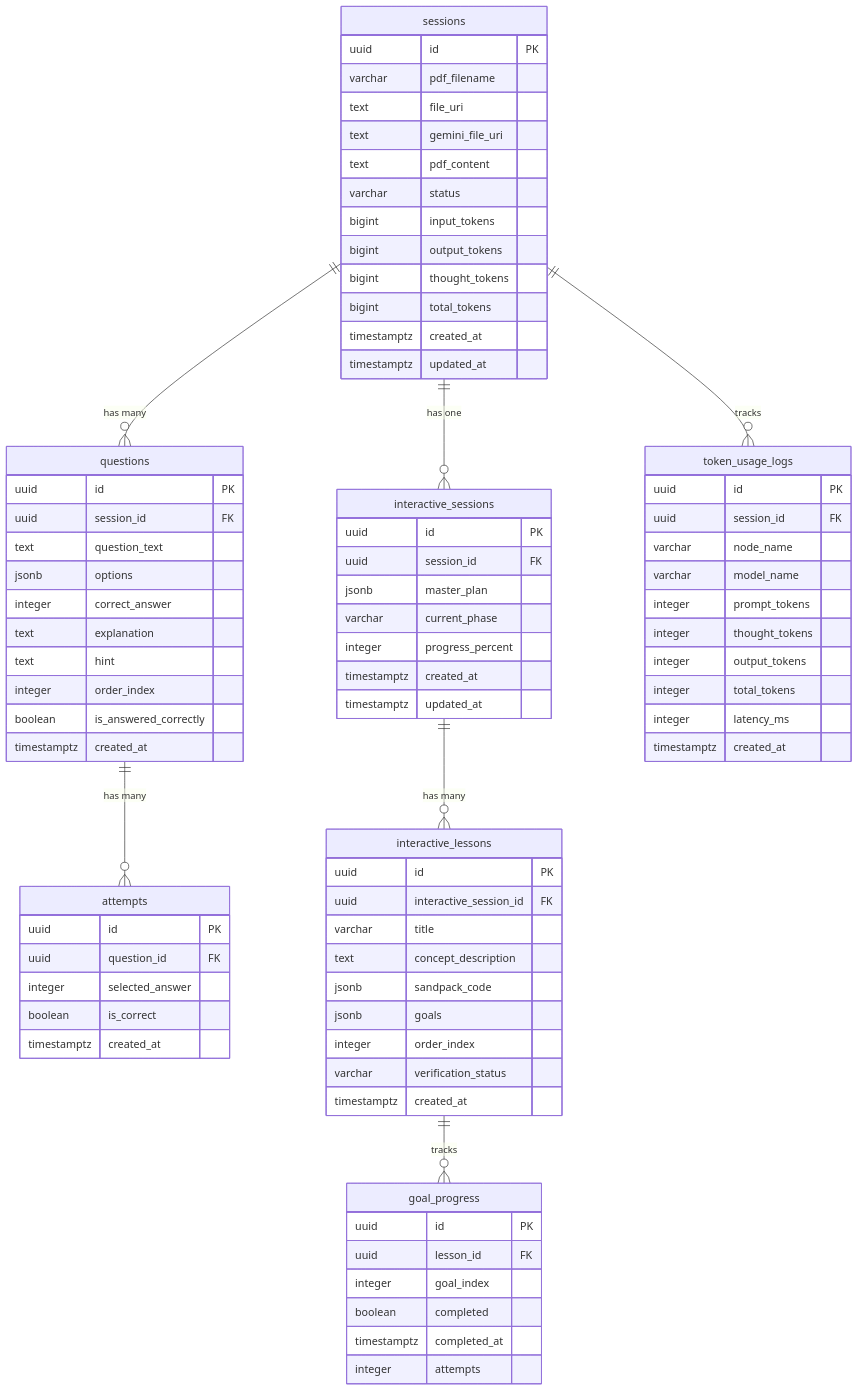
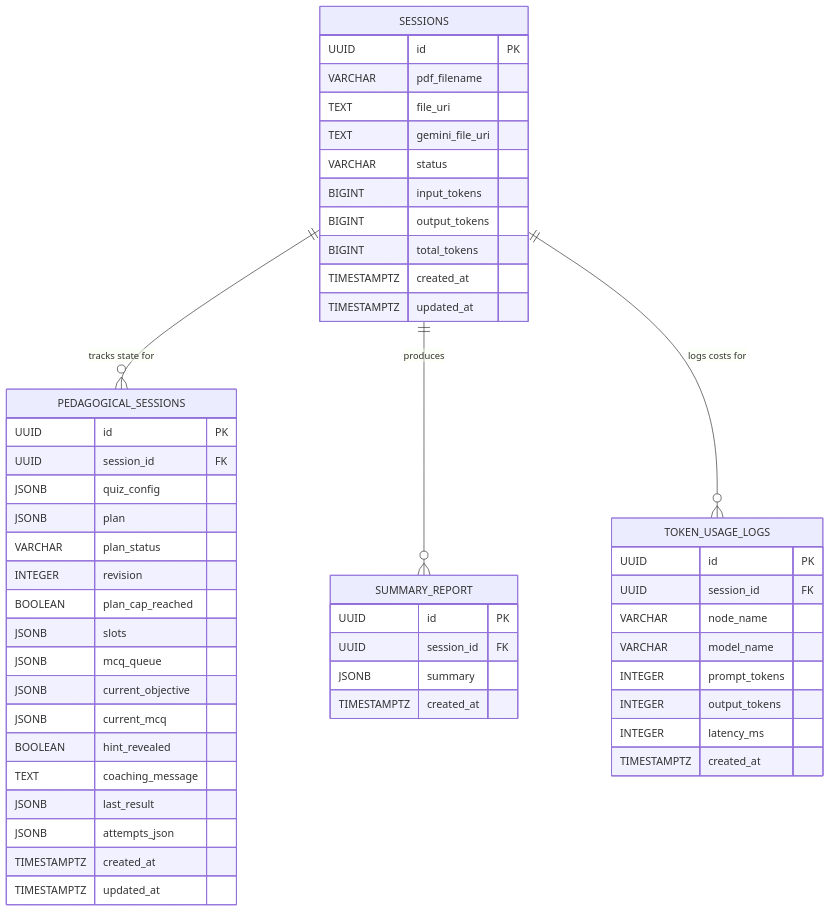
One commit to Kaos599/QuizLoop changed the diagram in docs/DATABASE_SCHEMA.md. Above: the diagram before and after it, drawn with Mermaid. The commit also changed other lines of this file and 6 other files, not shown here.

Commit message:
docs: update documentation to reflect unified pedagogical HITL architecture

````diff
--- a/docs/DATABASE_SCHEMA.md
+++ b/docs/DATABASE_SCHEMA.md
@@ -5,89 +5,57 @@
 ```mermaid
 erDiagram
-    sessions ||--o{ questions : "has many"
-    sessions ||--o{ interactive_sessions : "has one"
-    sessions ||--o{ token_usage_logs : "tracks"
-    questions ||--o{ attempts : "has many"
-    interactive_sessions ||--o{ interactive_lessons : "has many"
-    interactive_lessons ||--o{ goal_progress : "tracks"
+    SESSIONS ||--o{ PEDAGOGICAL_SESSIONS : "tracks state for"
+    SESSIONS ||--o{ SUMMARY_REPORT : "produces"
+    SESSIONS ||--o{ TOKEN_USAGE_LOGS : "logs costs for"
 
-    sessions {
-        uuid id PK
-        varchar pdf_filename
-        text file_uri
-        text gemini_file_uri
-        text pdf_content
-        varchar status
-        bigint input_tokens
-        bigint output_tokens
-        bigint thought_tokens
-        bigint total_tokens
-        timestamptz created_at
-        timestamptz updated_at
+    SESSIONS {
+        UUID id PK
+        VARCHAR pdf_filename
+        TEXT file_uri
+        TEXT gemini_file_uri
+        VARCHAR status
+        BIGINT input_tokens
+        BIGINT output_tokens
+        BIGINT total_tokens
+        TIMESTAMPTZ created_at
+        TIMESTAMPTZ updated_at
     }
 
-    questions {
-        uuid id PK
-        uuid session_id FK
-        text question_text
-        jsonb options
-        integer correct_answer
-        text explanation
-        text hint
-        integer order_index
-        boolean is_answered_correctly
-        timestamptz created_at
+    PEDAGOGICAL_SESSIONS {
+        UUID id PK
+        UUID session_id FK
+        JSONB quiz_config
+        JSONB plan
+        VARCHAR plan_status
+        INTEGER revision
+        BOOLEAN plan_cap_reached
+        JSONB slots
+        JSONB mcq_queue
+        JSONB current_objective
+        JSONB current_mcq
+        BOOLEAN hint_revealed
+        TEXT coaching_message
+        JSONB last_result
+        JSONB attempts_json
+        TIMESTAMPTZ created_at
+        TIMESTAMPTZ updated_at
     }
 
-    attempts {
-        uuid id PK
-        uuid question_id FK
-        integer selected_answer
-        boolean is_correct
-        timestamptz created_at
+    SUMMARY_REPORT {
+        UUID id PK
+        UUID session_id FK
+        JSONB summary
+        TIMESTAMPTZ created_at
     }
 
-    interactive_sessions {
-        uuid id PK
-        uuid session_id FK
-        jsonb master_plan
-        varchar current_phase
-        integer progress_percent
-        timestamptz created_at
-        timestamptz updated_at
-    }
-
-    interactive_lessons {
-        uuid id PK
-        uuid interactive_session_id FK
-        varchar title
-        text concept_description
-        jsonb sandpack_code
-        jsonb goals
-        integer order_index
-        varchar verification_status
-        timestamptz created_at
-    }
-
-    goal_progress {
-        uuid id PK
-        uuid lesson_id FK
-        integer goal_index
-        boolean completed
-        timestamptz completed_at
-        integer attempts
-    }
-
-    token_usage_logs {
-        uuid id PK
-        uuid session_id FK
-        varchar node_name
-        varchar model_name
-        integer prompt_tokens
-        integer thought_tokens
-        integer output_tokens
-        integer total_tokens
-        integer latency_ms
-        timestamptz created_at
+    TOKEN_USAGE_LOGS {
+        UUID id PK
+        UUID session_id FK
+        VARCHAR node_name
+        VARCHAR model_name
+        INTEGER prompt_tokens
+        INTEGER output_tokens
+        INTEGER latency_ms
+        TIMESTAMPTZ created_at
     }
 ```
````
